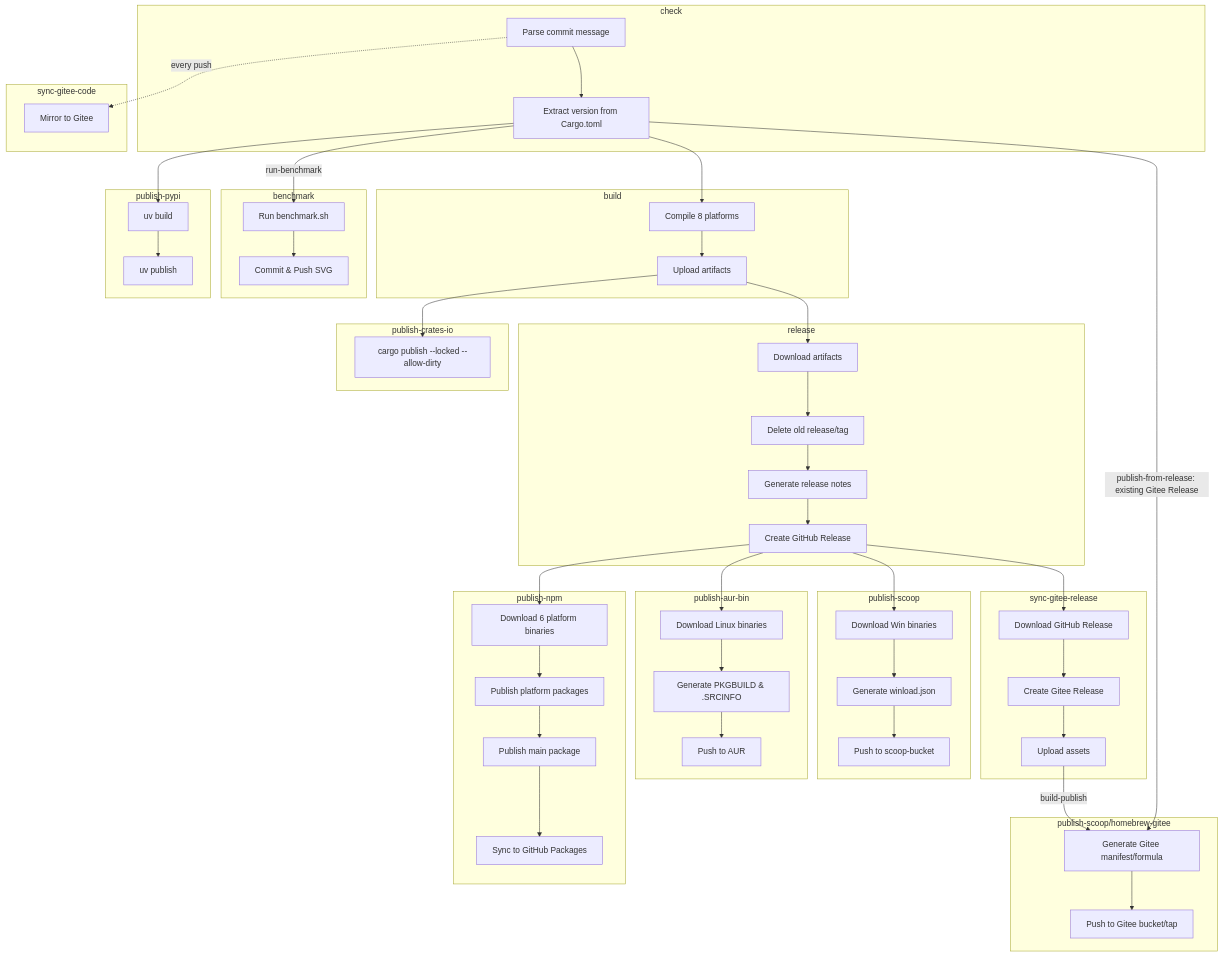
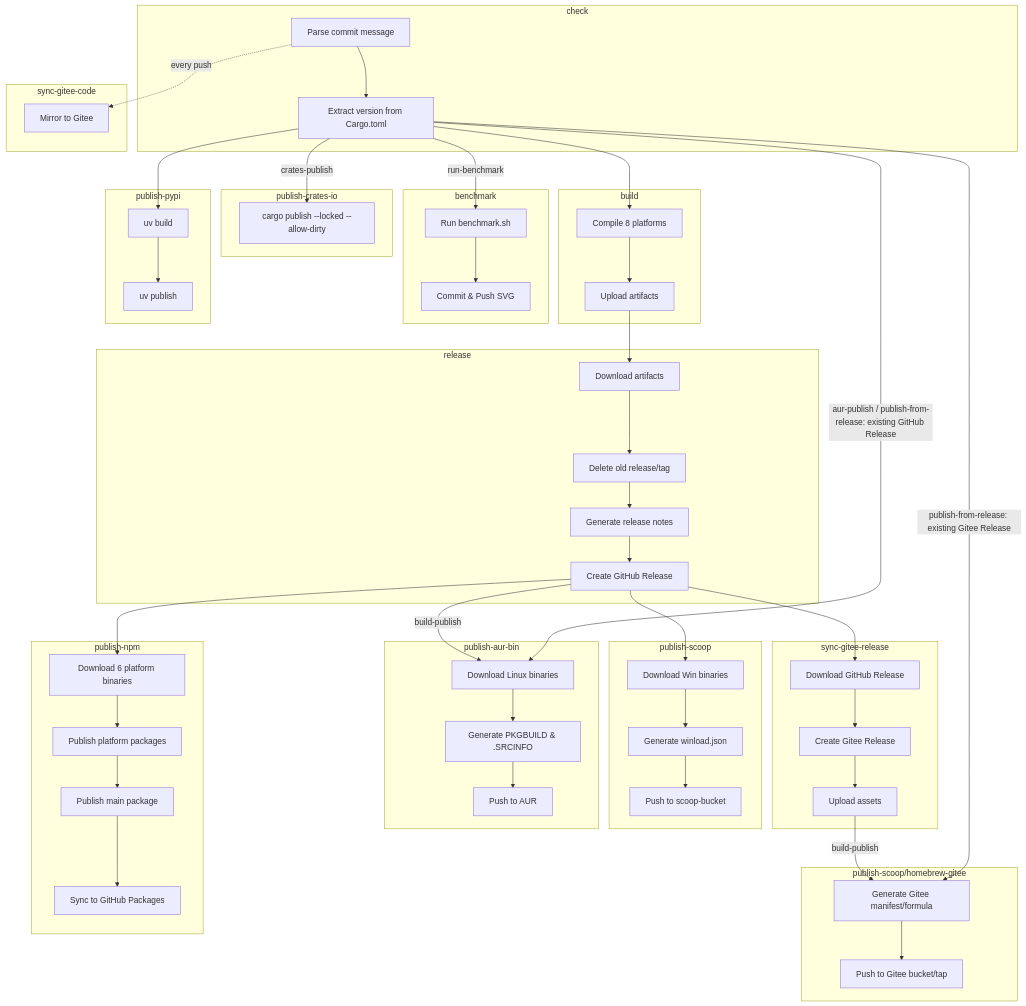
One commit to VincentZyuApps/winload changed the diagram in .github/workflows/build.md. Above: the diagram before and after it, drawn with Mermaid. The commit also changed other lines of this file and 8 other files, not shown here.

First line of the commit message:
release: 准备 v0.2.0-alpha.4 并修复 AUR 与发布路由

```diff
--- a/.github/workflows/build.md
+++ b/.github/workflows/build.md
@@ -187,7 +193,7 @@
         R3[Generate release notes]
         R4[Create GitHub Release]
     end
-    
+
     subgraph scoop["publish-scoop"]
         S1[Download Win binaries]
         S2[Generate winload.json]
@@ -241,11 +247,12 @@
     PY1 --> PY2
     B1 --> B2
     B2 --> R1
-    B2 --> CR1
+    C2 --"crates-publish"--> CR1
     R1 --> R2 --> R3 --> R4
     R4 --> S1
     S1 --> S2 --> S3
-    R4 --> A1
+    R4 --"build-publish"--> A1
+    C2 --"aur-publish / publish-from-release: existing GitHub Release"--> A1
     A1 --> A2 --> A3
     R4 --> N1
     N1 --> N2 --> N3 --> N4
```
